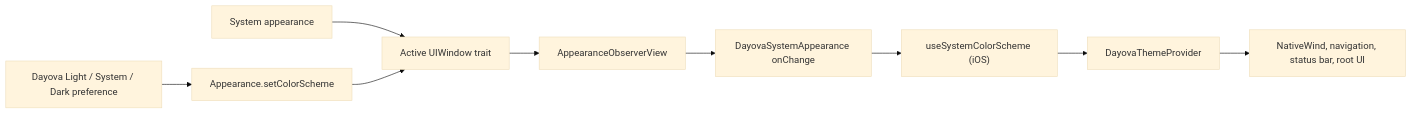
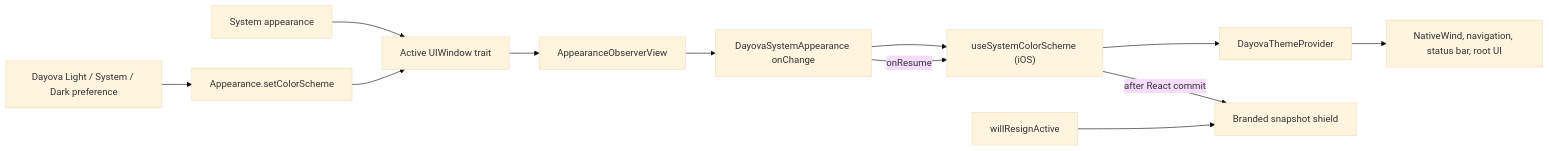
The diagram in modules/dayova-system-appearance/README.md (Dayova/dayova-mvp), drawn with Mermaid (base theme) before and after one commit. The commit also changed other lines of this file and 13 other files, not shown here.

````diff
--- a/modules/dayova-system-appearance/README.md
+++ b/modules/dayova-system-appearance/README.md
@@ -113,11 +117,14 @@
 ```mermaid
 flowchart LR
   OS["System appearance"] --> Window["Active UIWindow trait"]
   Preference["Dayova Light / System / Dark preference"] --> Override["Appearance.setColorScheme"]
   Override --> Window
   Window --> Observer["AppearanceObserverView"]
   Observer --> Module["DayovaSystemAppearance onChange"]
   Module --> Hook["useSystemColorScheme (iOS)"]
   Hook --> Provider["DayovaThemeProvider"]
   Provider --> Consumers["NativeWind, navigation, status bar, root UI"]
+  Lifecycle["willResignActive"] --> Shield["Branded snapshot shield"]
+  Module -->|"onResume"| Hook
+  Hook -->|"after React commit"| Shield
 ```
````
